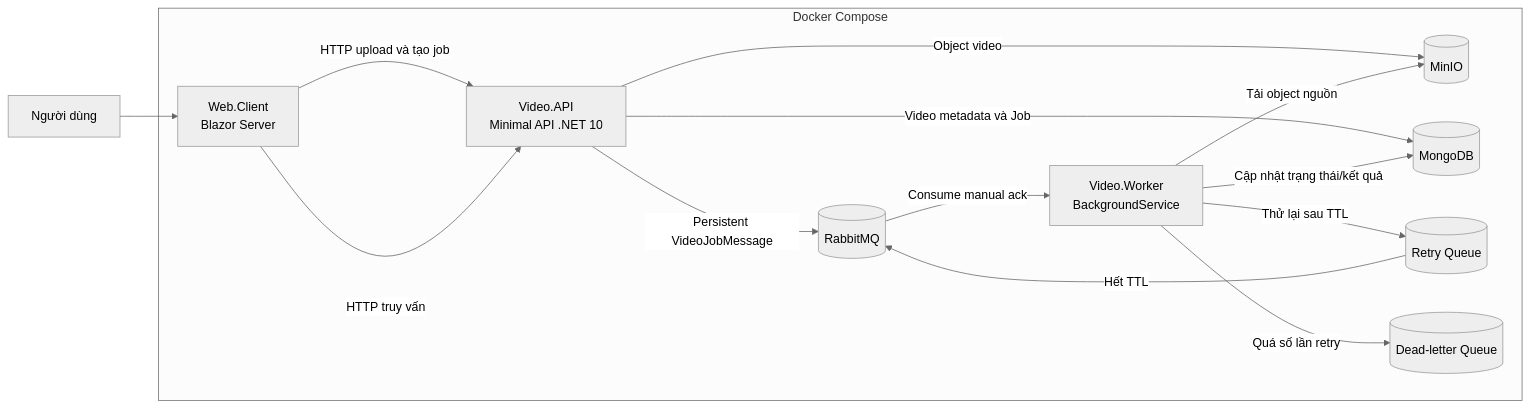
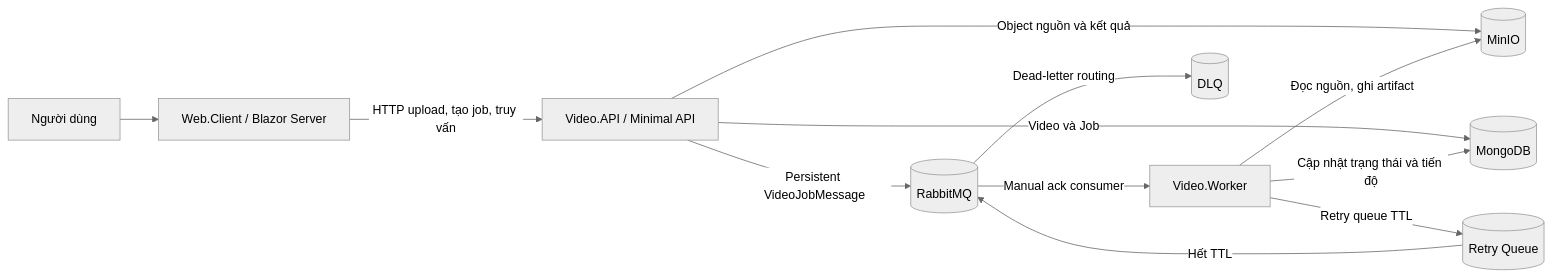
Before and after one commit to dtc245200882-ux/PhatTrienUngDungPhanTan: the diagram in BAO_CAO.md, drawn with Mermaid (neutral theme). The commit also changed other lines of this file and 1 other file, not shown here.

````diff
--- a/BAO_CAO.md
+++ b/BAO_CAO.md
@@ -35,26 +36,14 @@
 ```mermaid
 flowchart LR
-    User[Người dùng] --> Client[Web.Client<br/>Blazor Server]
-    Client -->|HTTP upload và tạo job| API[Video.API<br/>Minimal API .NET 10]
-    Client -->|HTTP truy vấn| API
-    API -->|Object video| Storage[(MinIO)]
-    API -->|Video metadata và Job| Mongo[(MongoDB)]
+    User[Người dùng] --> Client[Web.Client / Blazor Server]
+    Client -->|HTTP upload, tạo job, truy vấn| API[Video.API / Minimal API]
+    API -->|Object nguồn và kết quả| Storage[(MinIO)]
+    API -->|Video và Job| Mongo[(MongoDB)]
     API -->|Persistent VideoJobMessage| Broker[(RabbitMQ)]
-    Broker -->|Consume manual ack| Worker[Video.Worker<br/>BackgroundService]
-    Worker -->|Cập nhật trạng thái/kết quả| Mongo
-    Worker -->|Tải object nguồn| Storage
-    Worker -->|Thử lại sau TTL| Retry[(Retry Queue)]
+    Broker -->|Manual ack consumer| Worker[Video.Worker]
+    Worker -->|Cập nhật trạng thái và tiến độ| Mongo
+    Worker -->|Đọc nguồn, ghi artifact| Storage
+    Worker -->|Retry queue TTL| Retry[(Retry Queue)]
     Retry -->|Hết TTL| Broker
-    Worker -->|Quá số lần retry| DLQ[(Dead-letter Queue)]
-
-    subgraph Docker Compose
-        Client
-        API
-        Worker
-        Storage
-        Mongo
-        Broker
-        Retry
-        DLQ
-    end
+    Broker -->|Dead-letter routing| DLQ[(DLQ)]
 ```
````
